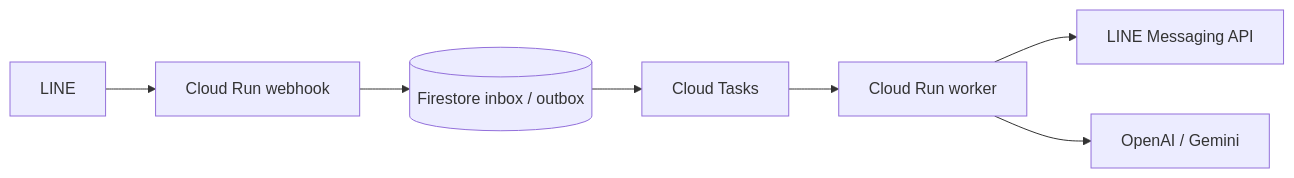
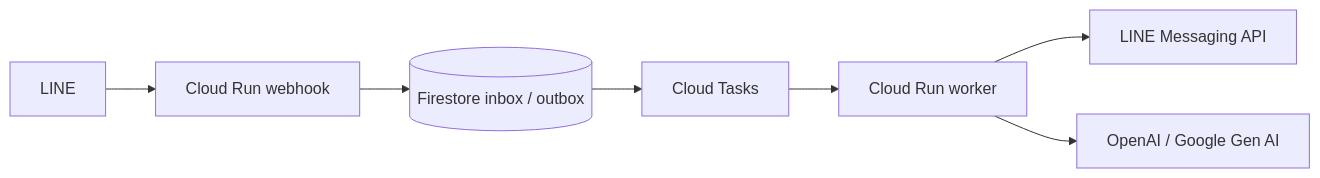
Before and after one commit to 963sup/linebot-platform: the diagram in README.md, drawn with Mermaid. The commit also changed other lines of this file and 13 other files, not shown here.

Commit message:
refactor: align Google Gen AI and Go valueobjects directories

````diff
--- a/README.md
+++ b/README.md
@@ -19,9 +22,9 @@
 ```mermaid
 flowchart LR
   LINE[LINE] --> W[Cloud Run webhook]
   W --> F[(Firestore inbox / outbox)]
   F --> T[Cloud Tasks]
   T --> K[Cloud Run worker]
   K --> L[LINE Messaging API]
-  K --> A[OpenAI / Gemini]
+  K --> A[OpenAI / Google Gen AI]
 ```
````
